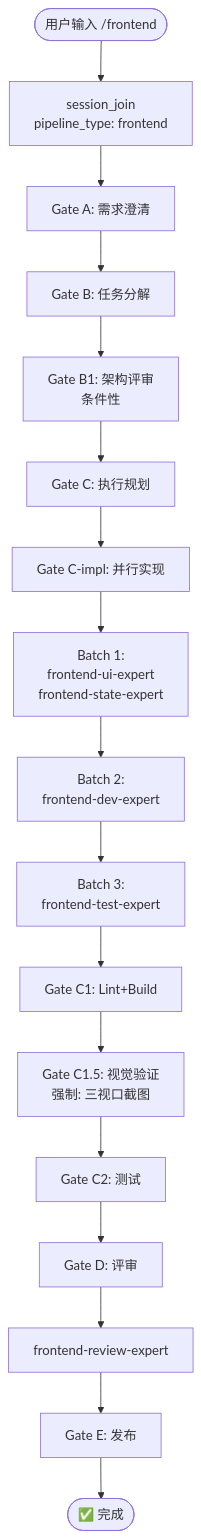
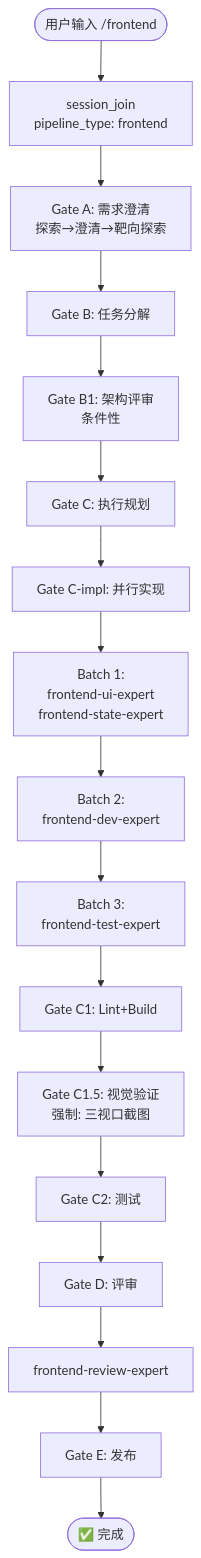
Before and after one commit to Wjl1224734792/Jarvis-Agent-Factory: the diagram in docs/flows/frontend.md, drawn with Mermaid. The commit also changed 39 other files, not shown here.

````diff
--- a/docs/flows/frontend.md
+++ b/docs/flows/frontend.md
@@ -27,19 +27,19 @@
 ```mermaid
 flowchart TD
     START([用户输入 /frontend]) --> JOIN[session_join<br/>pipeline_type: frontend]
-    JOIN --> A[Gate A: 需求澄清]
+    JOIN --> A[Gate A: 需求澄清<br/>探索→澄清→靶向探索]
     A --> B[Gate B: 任务分解]
     B --> B1[Gate B1: 架构评审<br/>条件性]
     B1 --> C[Gate C: 执行规划]
     C --> CI[Gate C-impl: 并行实现]
     CI --> CI_B1[Batch 1:<br/>frontend-ui-expert<br/>frontend-state-expert]
     CI_B1 --> CI_B2[Batch 2:<br/>frontend-dev-expert]
     CI_B2 --> CI_B3[Batch 3:<br/>frontend-test-expert]
     CI_B3 --> C1[Gate C1: Lint+Build]
     C1 --> C15[Gate C1.5: 视觉验证<br/>强制: 三视口截图]
     C15 --> C2[Gate C2: 测试]
     C2 --> D[Gate D: 评审]
     D --> D1[frontend-review-expert]
     D1 --> E[Gate E: 发布]
     E --> DONE([✅ 完成])
 ```
````
